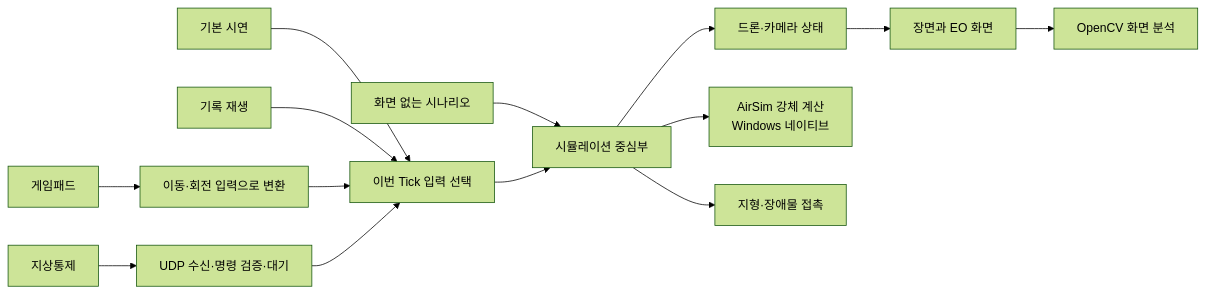
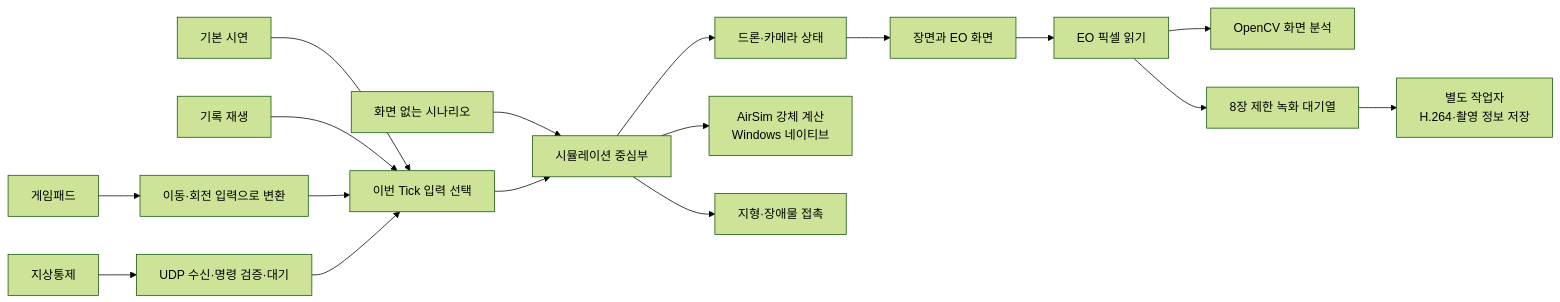
Before and after one commit to cgantro/DroneSim: the first of 3 diagrams in docs/public/기술검토.md, drawn with Mermaid (forest theme). The commit also changed 6 other files, not shown here.

````diff
--- a/docs/public/기술검토.md
+++ b/docs/public/기술검토.md
@@ -30,16 +30,19 @@
 ```mermaid
 flowchart LR
     Gamepad[게임패드] --> Map[이동·회전 입력으로 변환]
     GCS[지상통제] --> UDP[UDP 수신·명령 검증·대기]
     Demo[기본 시연] --> Select[이번 Tick 입력 선택]
     Replay[기록 재생] --> Select
     Map --> Select
     UDP --> Select
     Scenario[화면 없는 시나리오] --> Core[시뮬레이션 중심부]
     Select --> Core
     Core --> State[드론·카메라 상태]
     Core --> AirSim[AirSim 강체 계산<br/>Windows 네이티브]
     Core --> Terrain[지형·장애물 접촉]
     State --> Render[장면과 EO 화면]
-    Render --> Vision[OpenCV 화면 분석]
+    Render --> Readback[EO 픽셀 읽기]
+    Readback --> Vision[OpenCV 화면 분석]
+    Readback --> Queue[8장 제한 녹화 대기열]
+    Queue --> Encoder[별도 작업자<br/>H.264·촬영 정보 저장]
 ```
````
